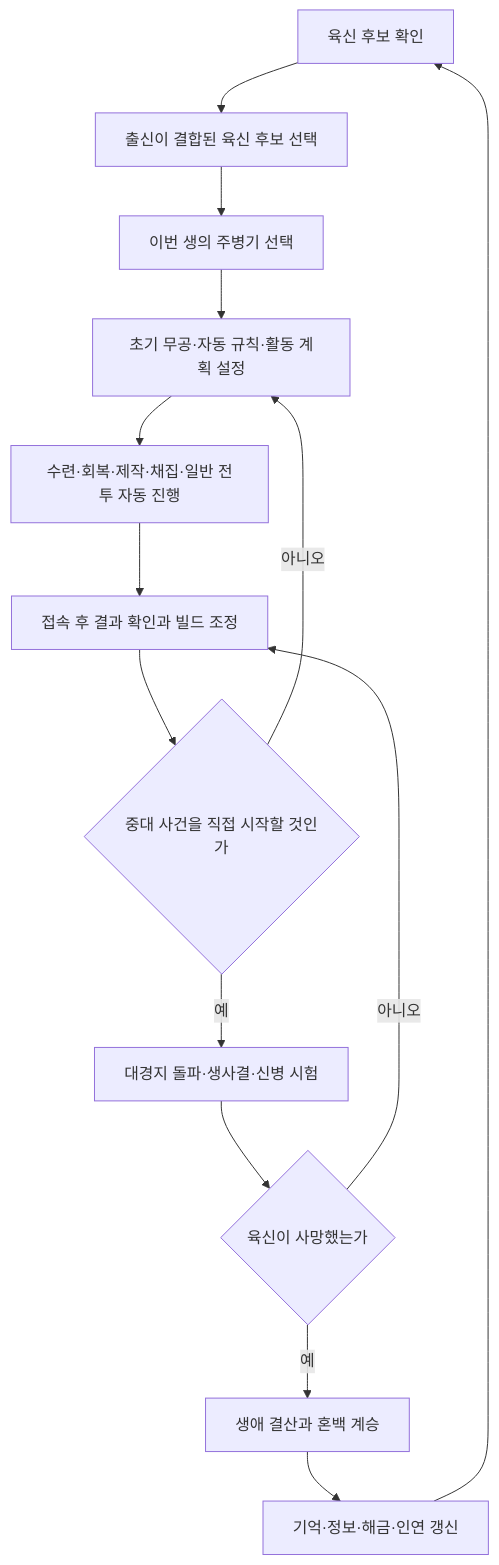
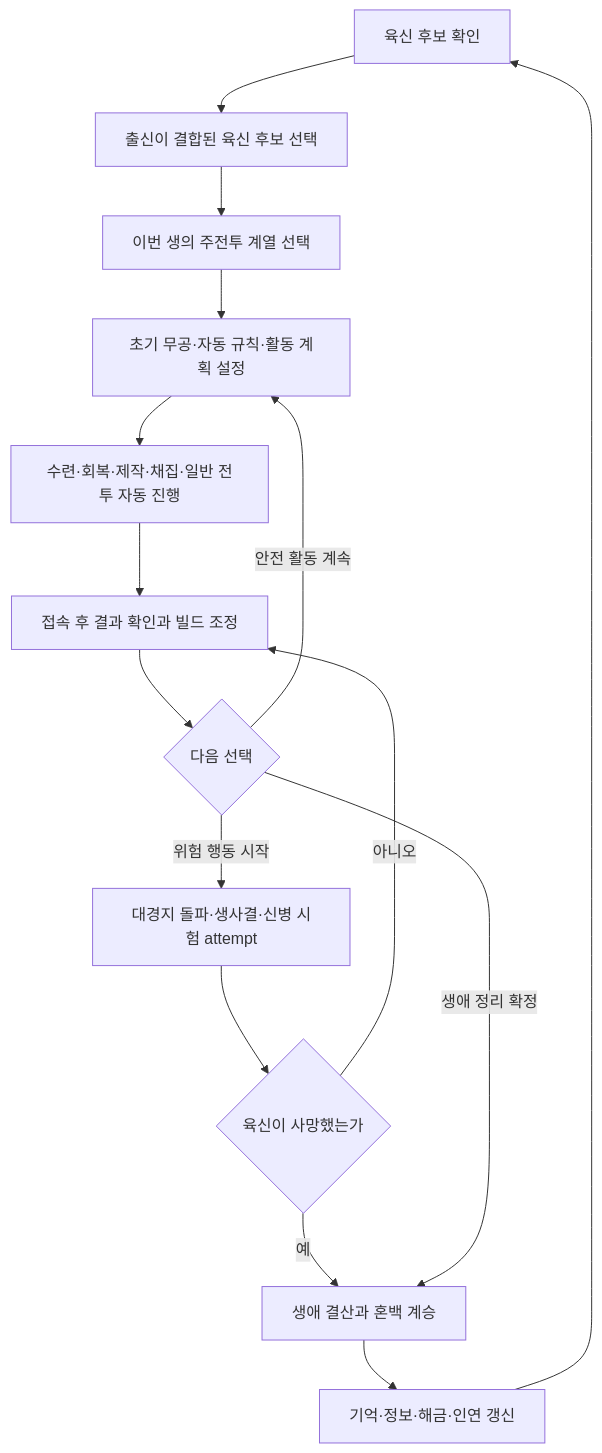
Before and after one commit to woals0304/FirstForm: the diagram in Docs/GameDesign/CoreGameDesign.md, drawn with Mermaid. The commit also changed other lines of this file and 4 other files, not shown here.

````diff
--- a/Docs/GameDesign/CoreGameDesign.md
+++ b/Docs/GameDesign/CoreGameDesign.md
@@ -119,16 +150,17 @@
 ```mermaid
 flowchart TD
     A["육신 후보 확인"] --> B["출신이 결합된 육신 후보 선택"]
-    B --> C["이번 생의 주병기 선택"]
+    B --> C["이번 생의 주전투 계열 선택"]
     C --> D["초기 무공·자동 규칙·활동 계획 설정"]
     D --> E["수련·회복·제작·채집·일반 전투 자동 진행"]
     E --> F["접속 후 결과 확인과 빌드 조정"]
-    F --> G{"중대 사건을 직접 시작할 것인가"}
-    G -->|"아니오"| D
-    G -->|"예"| H["대경지 돌파·생사결·신병 시험"]
+    F --> G{"다음 선택"}
+    G -->|"안전 활동 계속"| D
+    G -->|"위험 행동 시작"| H["대경지 돌파·생사결·신병 시험 attempt"]
     H --> I{"육신이 사망했는가"}
     I -->|"아니오"| F
     I -->|"예"| J["생애 결산과 혼백 계승"]
+    G -->|"생애 정리 확정"| J
     J --> K["기억·정보·해금·인연 갱신"]
     K --> A
 ```
````
